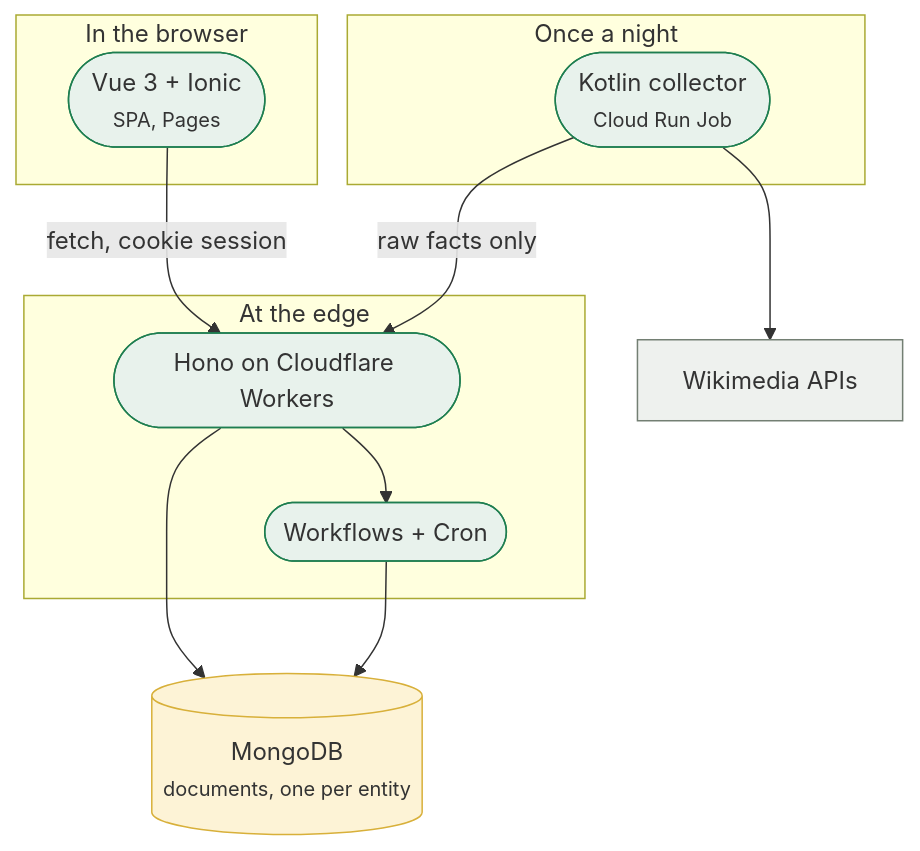
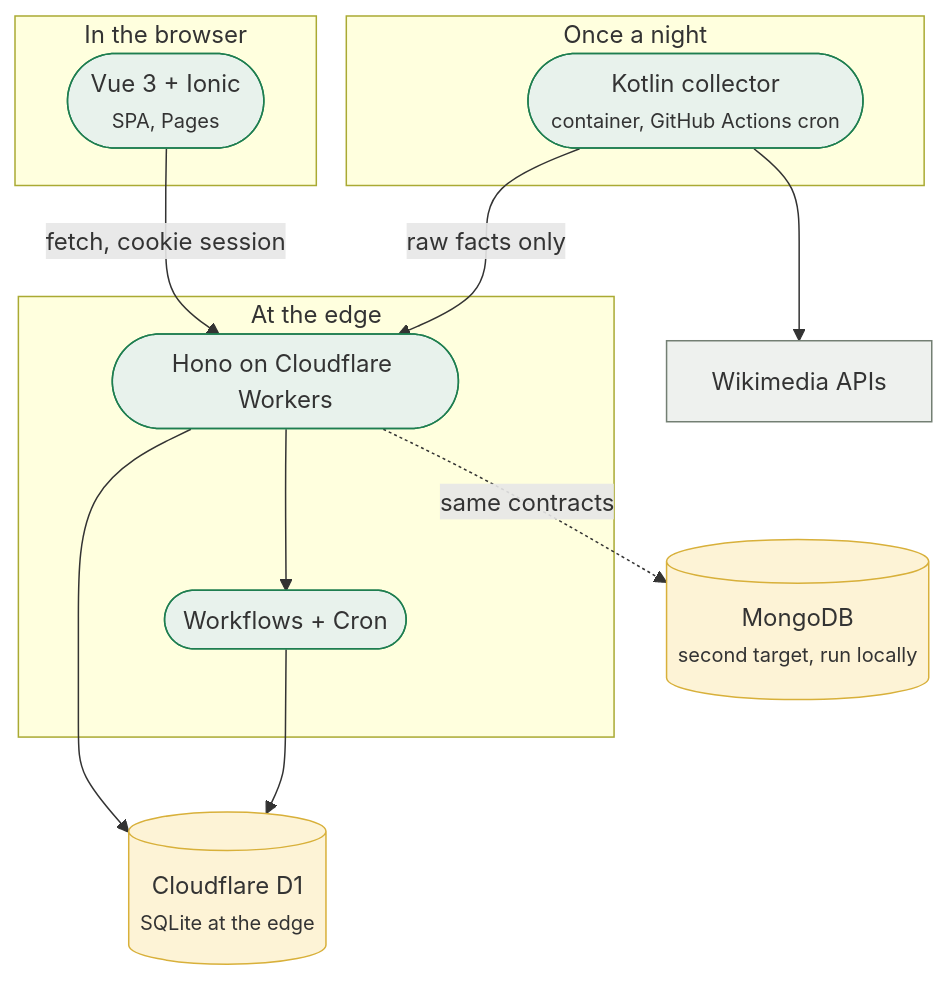
One commit to FantasyWiki/FantasyWiki changed the diagram in docs/site/pages/overview/technologies.md. Above: the diagram before and after it, drawn with Mermaid. The commit also changed other lines of this file and 30 other files, not shown here.

````diff
--- a/docs/site/pages/overview/technologies.md
+++ b/docs/site/pages/overview/technologies.md
@@ -17,31 +17,33 @@
 ```mermaid
 flowchart TB
   subgraph browser["In the browser"]
     FE(["Vue 3 + Ionic<br/><small>SPA, Pages</small>"])
   end
 
   subgraph edge["At the edge"]
     BE(["Hono on Cloudflare Workers"])
     WF(["Workflows + Cron"])
   end
 
-  DB[("MongoDB<br/><small>documents, one per entity</small>")]
+  DB[("Cloudflare D1<br/><small>SQLite at the edge</small>")]
+  ALT[("MongoDB<br/><small>second target, run locally</small>")]
 
   subgraph nightly["Once a night"]
-    CO(["Kotlin collector<br/><small>Cloud Run Job</small>"])
+    CO(["Kotlin collector<br/><small>container, GitHub Actions cron</small>"])
   end
 
   WM["Wikimedia APIs"]
 
   FE -->|"fetch, cookie session"| BE
   BE --> DB
+  BE -.->|"same contracts"| ALT
   BE --> WF
   WF --> DB
   CO -->|"raw facts only"| BE
   CO --> WM
 
   classDef app fill:#e8f2ec,stroke:#1e7e50;
   classDef store fill:#fdf3d6,stroke:#d8b03a;
   classDef out fill:#eef1ee,stroke:#737f73;
-  class FE,BE,WF,CO app; class DB store; class WM out;
+  class FE,BE,WF,CO app; class DB,ALT store; class WM out;
 ```
````
